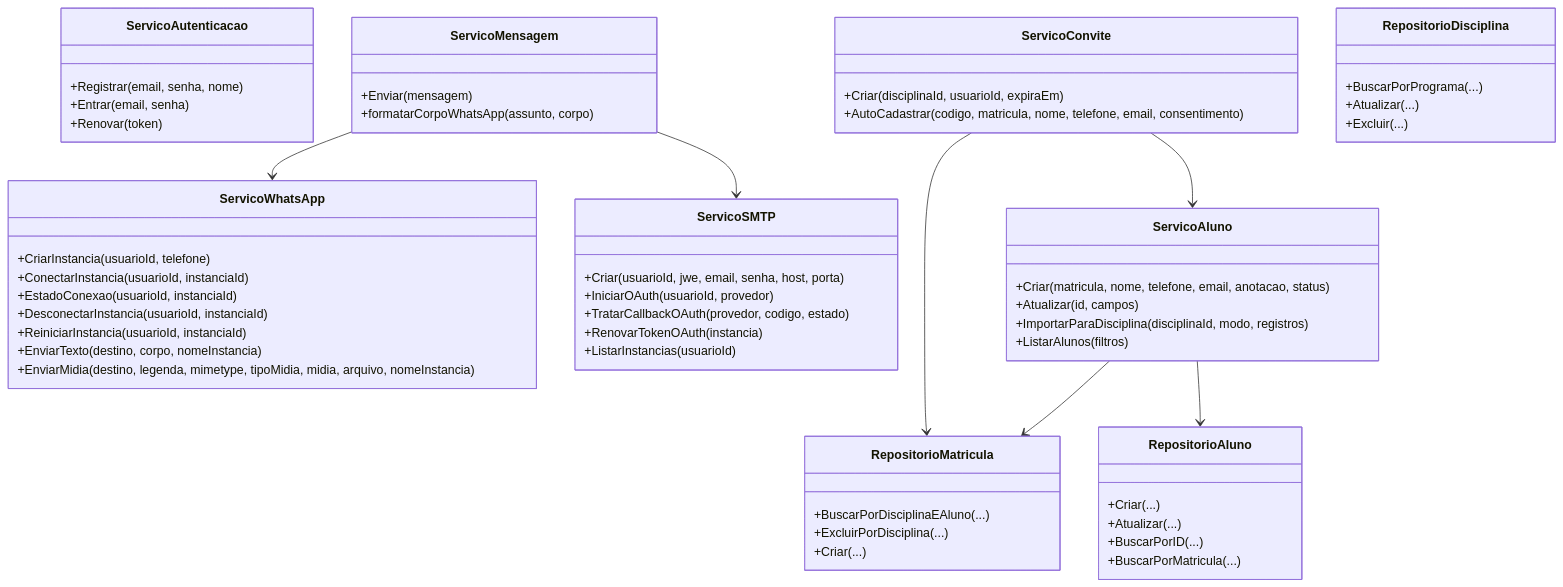
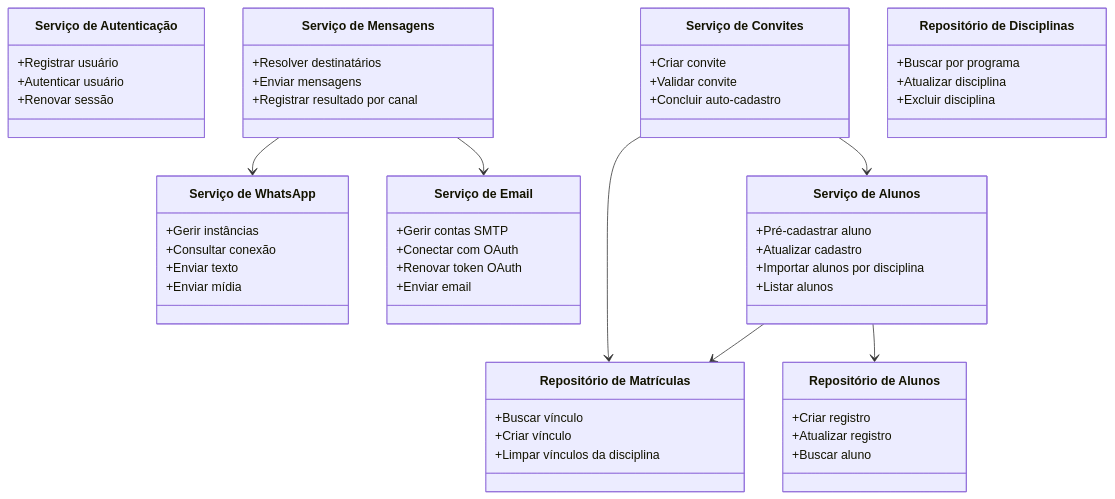
The fifth of 8 diagrams in README.md (ThalysSilva/unicast-backend), drawn with Mermaid before and after one commit. The commit also changed other lines of this file, not shown here.

Commit message:
feat: tornando diagramas mais conceituais

````diff
--- a/README.md
+++ b/README.md
@@ -318,61 +321,58 @@
 ```mermaid
 classDiagram
-    class ServicoAutenticacao {
-      +Registrar(email, senha, nome)
-      +Entrar(email, senha)
-      +Renovar(token)
+    class ServicoDeAutenticacao["Serviço de Autenticação"] {
+      +Registrar usuário
+      +Autenticar usuário
+      +Renovar sessão
     }
-    class ServicoConvite {
-      +Criar(disciplinaId, usuarioId, expiraEm)
-      +AutoCadastrar(codigo, matricula, nome, telefone, email, consentimento)
+    class ServicoDeConvites["Serviço de Convites"] {
+      +Criar convite
+      +Validar convite
+      +Concluir auto-cadastro
     }
-    class ServicoMensagem {
-      +Enviar(mensagem)
-      +formatarCorpoWhatsApp(assunto, corpo)
+    class ServicoDeMensagens["Serviço de Mensagens"] {
+      +Resolver destinatários
+      +Enviar mensagens
+      +Registrar resultado por canal
     }
-    class ServicoWhatsApp {
-      +CriarInstancia(usuarioId, telefone)
-      +ConectarInstancia(usuarioId, instanciaId)
-      +EstadoConexao(usuarioId, instanciaId)
-      +DesconectarInstancia(usuarioId, instanciaId)
-      +ReiniciarInstancia(usuarioId, instanciaId)
-      +EnviarTexto(destino, corpo, nomeInstancia)
-      +EnviarMidia(destino, legenda, mimetype, tipoMidia, midia, arquivo, nomeInstancia)
+    class ServicoDeWhatsApp["Serviço de WhatsApp"] {
+      +Gerir instâncias
+      +Consultar conexão
+      +Enviar texto
+      +Enviar mídia
     }
-    class ServicoSMTP {
-      +Criar(usuarioId, jwe, email, senha, host, porta)
-      +IniciarOAuth(usuarioId, provedor)
-      +TratarCallbackOAuth(provedor, codigo, estado)
-      +RenovarTokenOAuth(instancia)
-      +ListarInstancias(usuarioId)
+    class ServicoDeEmail["Serviço de Email"] {
+      +Gerir contas SMTP
+      +Conectar com OAuth
+      +Renovar token OAuth
+      +Enviar email
     }
-    class ServicoAluno {
-      +Criar(matricula, nome, telefone, email, anotacao, status)
-      +Atualizar(id, campos)
-      +ImportarParaDisciplina(disciplinaId, modo, registros)
-      +ListarAlunos(filtros)
+    class ServicoDeAlunos["Serviço de Alunos"] {
+      +Pré-cadastrar aluno
+      +Atualizar cadastro
+      +Importar alunos por disciplina
+      +Listar alunos
     }
-    class RepositorioMatricula {
-      +BuscarPorDisciplinaEAluno(...)
-      +ExcluirPorDisciplina(...)
-      +Criar(...)
+    class RepositorioDeMatriculas["Repositório de Matrículas"] {
+      +Buscar vínculo
+      +Criar vínculo
+      +Limpar vínculos da disciplina
     }
-    class RepositorioAluno {
-      +Criar(...)
-      +Atualizar(...)
-      +BuscarPorID(...)
-      +BuscarPorMatricula(...)
+    class RepositorioDeAlunos["Repositório de Alunos"] {
+      +Criar registro
+      +Atualizar registro
+      +Buscar aluno
     }
-    class RepositorioDisciplina {
-      +BuscarPorPrograma(...)
-      +Atualizar(...)
-      +Excluir(...)
+    class RepositorioDeDisciplinas["Repositório de Disciplinas"] {
+      +Buscar por programa
+      +Atualizar disciplina
+      +Excluir disciplina
     }
 
-    ServicoMensagem --> ServicoWhatsApp
-    ServicoMensagem --> ServicoSMTP
-    ServicoConvite --> RepositorioMatricula
-    ServicoConvite --> ServicoAluno
-    ServicoAluno --> RepositorioAluno
-    ServicoAluno --> RepositorioMatricula
+    ServicoDeMensagens --> ServicoDeWhatsApp
+    ServicoDeMensagens --> ServicoDeEmail
+    ServicoDeConvites --> RepositorioDeMatriculas
+    ServicoDeConvites --> ServicoDeAlunos
+    ServicoDeAlunos --> RepositorioDeAlunos
+    ServicoDeAlunos --> RepositorioDeMatriculas
 ```
````
